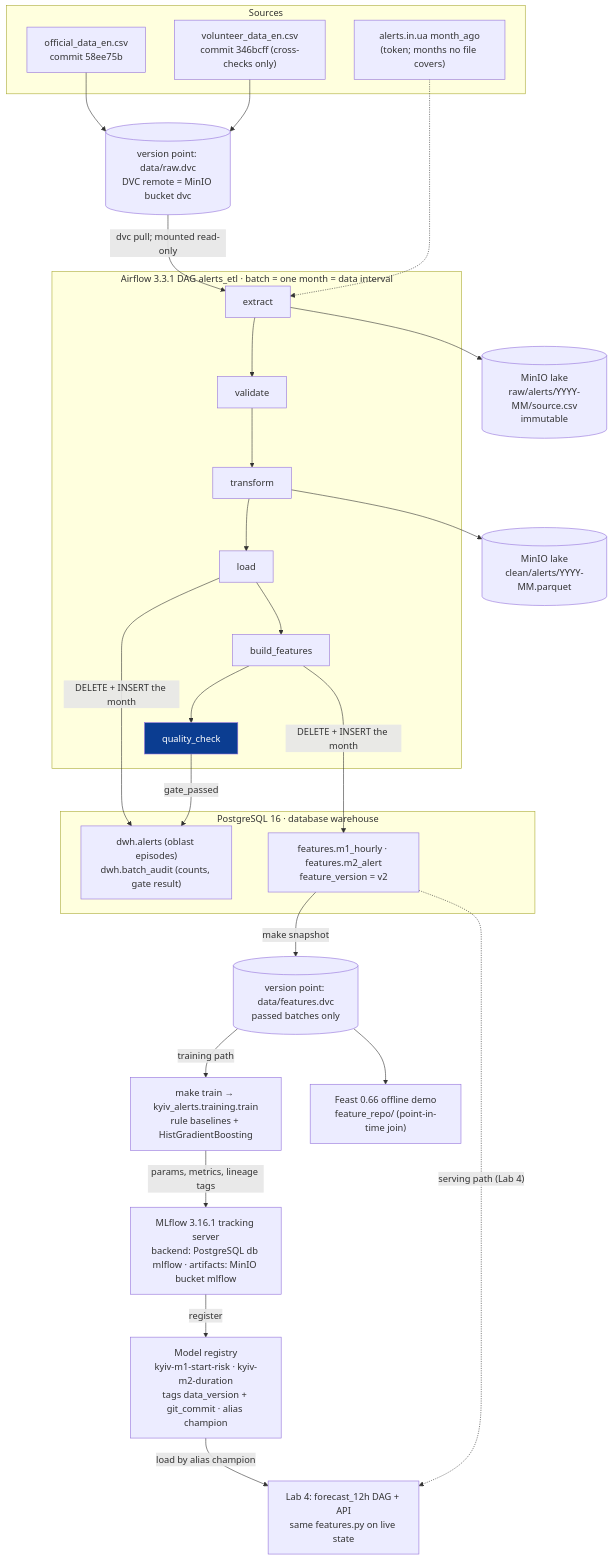
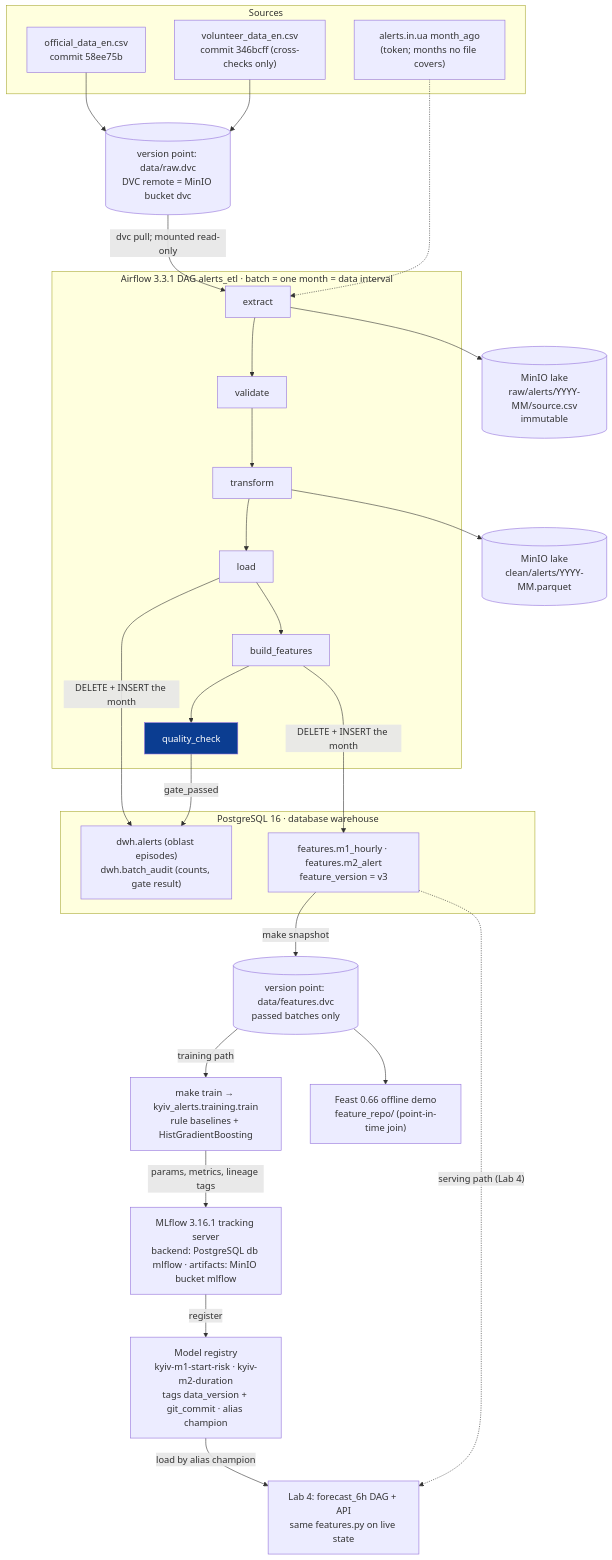
The second of 4 diagrams in docs/design.md (kvitoslava-yarish/mlops-2026), drawn with Mermaid before and after one commit. The commit also changed other lines of this file and 11 other files, not shown here.

````diff
--- a/docs/design.md
+++ b/docs/design.md
@@ -270,43 +308,43 @@
 ```mermaid
 flowchart TB
     subgraph SRC["Sources"]
         off["official_data_en.csv<br/>commit 58ee75b"]
         vol["volunteer_data_en.csv<br/>commit 346bcff (cross-checks only)"]
         api["alerts.in.ua month_ago<br/>(token; months no file covers)"]
     end
     dvcraw[("version point: data/raw.dvc<br/>DVC remote = MinIO bucket dvc")]
     subgraph DAG["Airflow 3.3.1 DAG alerts_etl · batch = one month = data interval"]
         ex["extract"] --> va["validate"] --> tr["transform"] --> lo["load"] --> bf["build_features"] --> qc["quality_check"]
     end
     lakeraw[("MinIO lake<br/>raw/alerts/YYYY-MM/source.csv<br/>immutable")]
     lakeclean[("MinIO lake<br/>clean/alerts/YYYY-MM.parquet")]
     subgraph PG["PostgreSQL 16 · database warehouse"]
         dwh["dwh.alerts (oblast episodes)<br/>dwh.batch_audit (counts, gate result)"]
-        feat["features.m1_hourly · features.m2_alert<br/>feature_version = v2"]
+        feat["features.m1_hourly · features.m2_alert<br/>feature_version = v3"]
     end
     snap[("version point: data/features.dvc<br/>passed batches only")]
     train["make train → kyiv_alerts.training.train<br/>rule baselines + HistGradientBoosting"]
     mlf["MLflow 3.16.1 tracking server<br/>backend: PostgreSQL db mlflow · artifacts: MinIO bucket mlflow"]
     reg["Model registry<br/>kyiv-m1-start-risk · kyiv-m2-duration<br/>tags data_version + git_commit · alias champion"]
     feast["Feast 0.66 offline demo<br/>feature_repo/ (point-in-time join)"]
-    serve["Lab 4: forecast_12h DAG + API<br/>same features.py on live state"]
+    serve["Lab 4: forecast_6h DAG + API<br/>same features.py on live state"]
 
     off --> dvcraw
     vol --> dvcraw
     dvcraw -- "dvc pull; mounted read-only" --> ex
     api -.-> ex
     ex --> lakeraw
     tr --> lakeclean
     lo -- "DELETE + INSERT the month" --> dwh
     bf -- "DELETE + INSERT the month" --> feat
     qc -- "gate_passed" --> dwh
     feat -- "make snapshot" --> snap
     snap -- "training path" --> train
     snap --> feast
     train -- "params, metrics, lineage tags" --> mlf
     mlf -- "register" --> reg
     reg -- "load by alias champion" --> serve
     feat -. "serving path (Lab 4)" .-> serve
 
     style qc fill:#0b3d91,color:#ffffff
 ```
````
